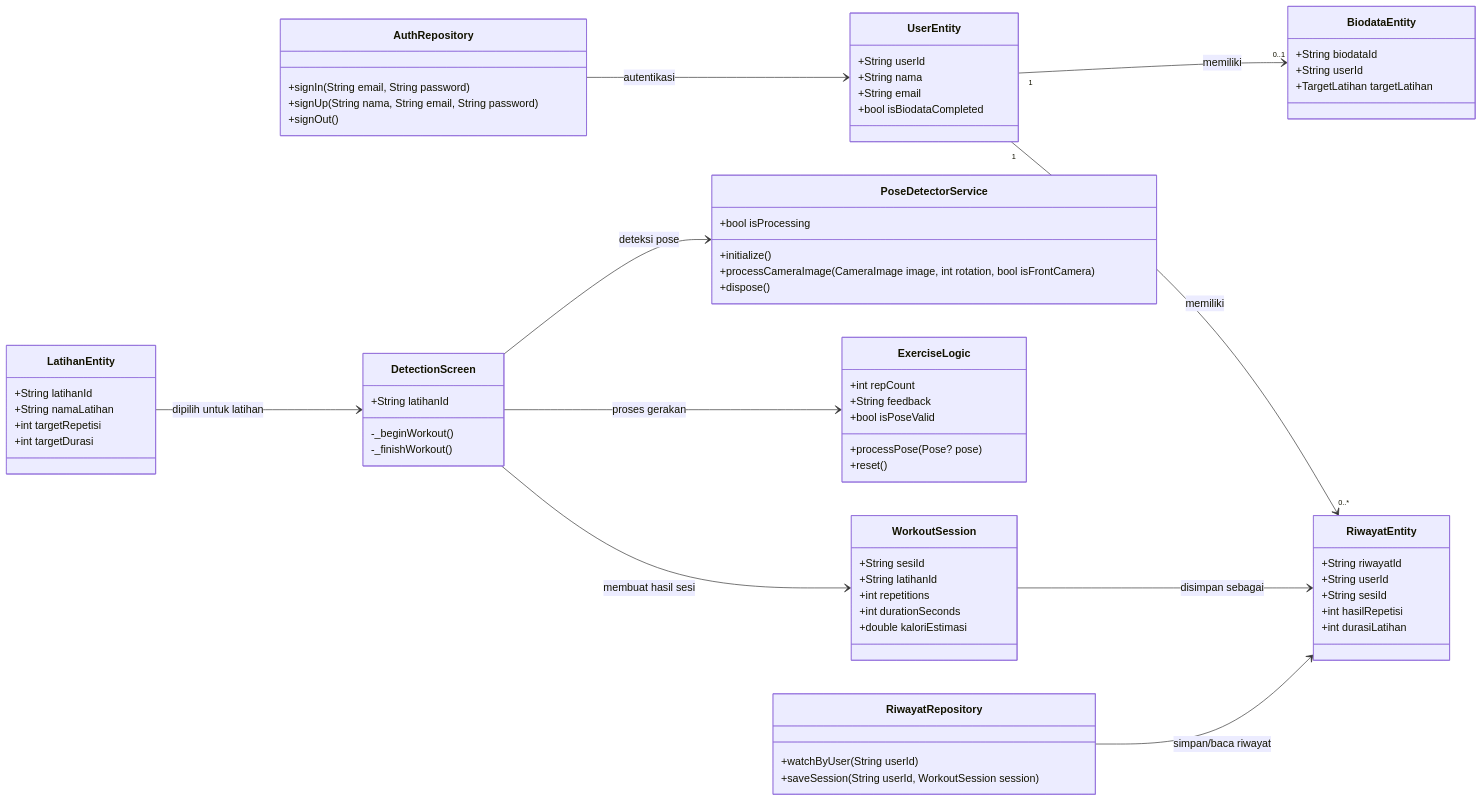
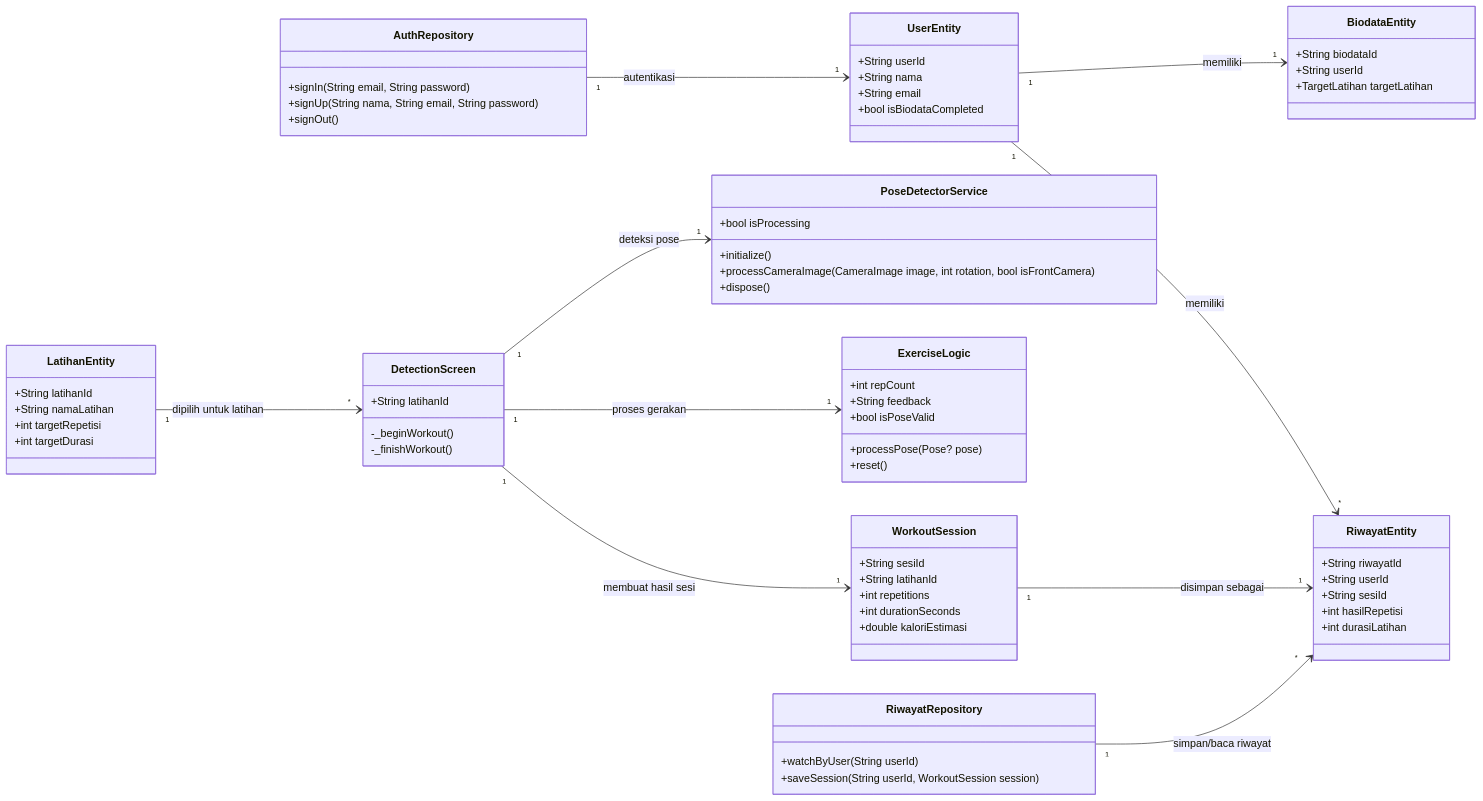
Before and after one commit to arifrachmatdx/Kinetra: diagram 13 of 24 in docs/uml.md, drawn with Mermaid.

Commit message:
docs: add class diagram multiplicities

````diff
--- a/docs/uml.md
+++ b/docs/uml.md
@@ -510,82 +510,82 @@
 ```mermaid
 classDiagram
     direction LR
 
     class UserEntity {
         +String userId
         +String nama
         +String email
         +bool isBiodataCompleted
     }
 
     class BiodataEntity {
         +String biodataId
         +String userId
         +TargetLatihan targetLatihan
     }
 
     class LatihanEntity {
         +String latihanId
         +String namaLatihan
         +int targetRepetisi
         +int targetDurasi
     }
 
     class WorkoutSession {
         +String sesiId
         +String latihanId
         +int repetitions
         +int durationSeconds
         +double kaloriEstimasi
     }
 
     class RiwayatEntity {
         +String riwayatId
         +String userId
         +String sesiId
         +int hasilRepetisi
         +int durasiLatihan
     }
 
     class AuthRepository {
         +signIn(String email, String password)
         +signUp(String nama, String email, String password)
         +signOut()
     }
 
     class DetectionScreen {
         +String latihanId
         -_beginWorkout()
         -_finishWorkout()
     }
 
     class ExerciseLogic {
         +int repCount
         +String feedback
         +bool isPoseValid
         +processPose(Pose? pose)
         +reset()
     }
 
     class PoseDetectorService {
         +bool isProcessing
         +initialize()
         +processCameraImage(CameraImage image, int rotation, bool isFrontCamera)
         +dispose()
     }
 
     class RiwayatRepository {
         +watchByUser(String userId)
         +saveSession(String userId, WorkoutSession session)
     }
 
-    AuthRepository --> UserEntity : autentikasi
-    UserEntity "1" --> "0..1" BiodataEntity : memiliki
-    UserEntity "1" --> "0..*" RiwayatEntity : memiliki
-    LatihanEntity --> DetectionScreen : dipilih untuk latihan
-    DetectionScreen --> PoseDetectorService : deteksi pose
-    DetectionScreen --> ExerciseLogic : proses gerakan
-    DetectionScreen --> WorkoutSession : membuat hasil sesi
-    WorkoutSession --> RiwayatEntity : disimpan sebagai
-    RiwayatRepository --> RiwayatEntity : simpan/baca riwayat
+    AuthRepository "1" --> "1" UserEntity : autentikasi
+    UserEntity "1" --> "1" BiodataEntity : memiliki
+    UserEntity "1" --> "*" RiwayatEntity : memiliki
+    LatihanEntity "1" --> "*" DetectionScreen : dipilih untuk latihan
+    DetectionScreen "1" --> "1" PoseDetectorService : deteksi pose
+    DetectionScreen "1" --> "1" ExerciseLogic : proses gerakan
+    DetectionScreen "1" --> "1" WorkoutSession : membuat hasil sesi
+    WorkoutSession "1" --> "1" RiwayatEntity : disimpan sebagai
+    RiwayatRepository "1" --> "*" RiwayatEntity : simpan/baca riwayat
 ```
````
